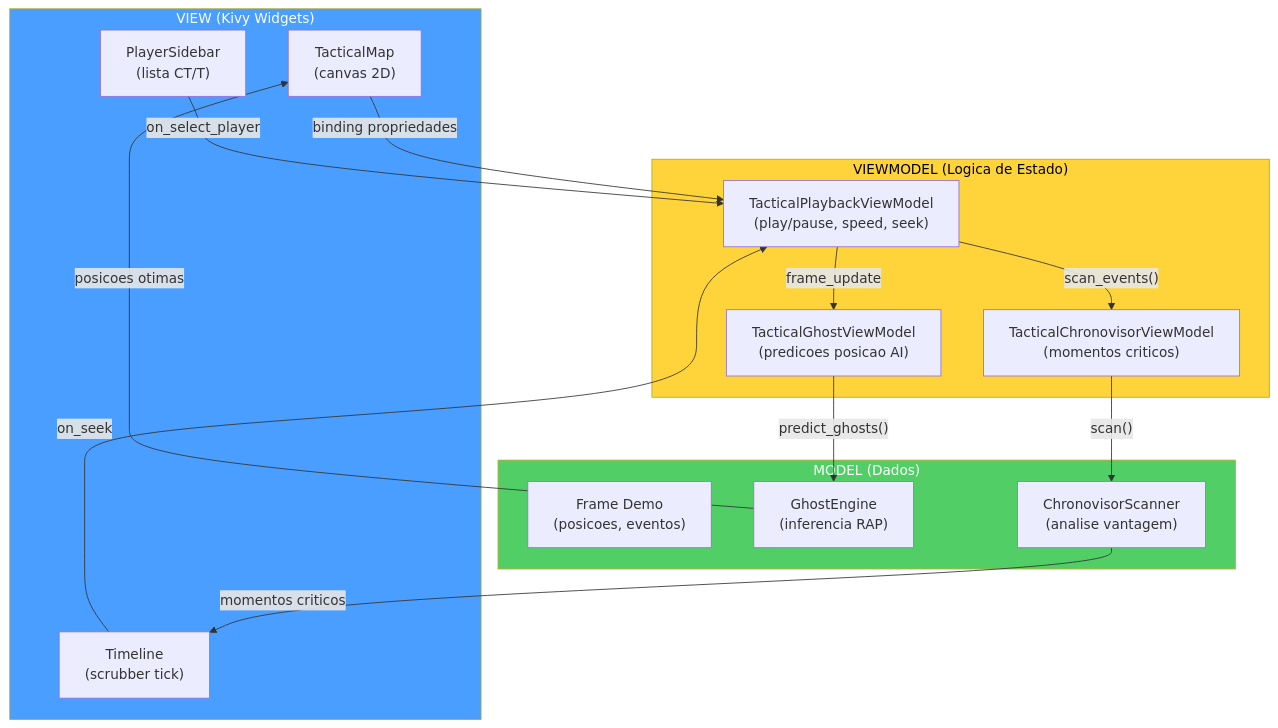
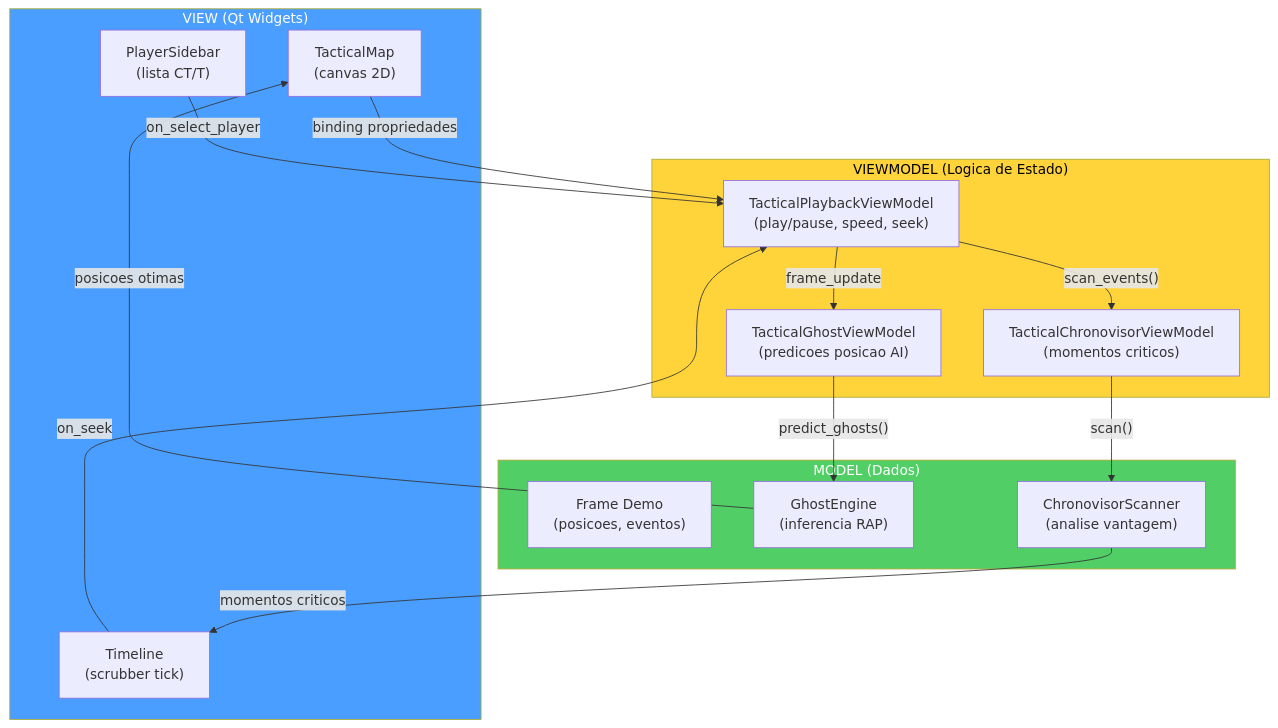
Before and after one commit to renanaugustomacena-ux/Counter-Strike-coach-AI: diagram 15 of 53 in docs/books/Book-Coach-3-pt.md, drawn with Mermaid. The commit also changed other lines of this file and 2 other files, not shown here.

First line of the commit message:
docs: update Book-Coach-3 trilogy — remove Kivy, fix screen/test counts

````diff
--- a/docs/books/Book-Coach-3-pt.md
+++ b/docs/books/Book-Coach-3-pt.md
@@ -1022,30 +949,30 @@
 ```mermaid
 flowchart TB
-    subgraph VIEW["VIEW (Kivy Widgets)"]
+    subgraph VIEW["VIEW (Qt Widgets)"]
         TM["TacticalMap<br/>(canvas 2D)"]
         TL["Timeline<br/>(scrubber tick)"]
         PS["PlayerSidebar<br/>(lista CT/T)"]
     end
     subgraph VIEWMODEL["VIEWMODEL (Logica de Estado)"]
         PVM["TacticalPlaybackViewModel<br/>(play/pause, speed, seek)"]
         GVM["TacticalGhostViewModel<br/>(predicoes posicao AI)"]
         CVM["TacticalChronovisorViewModel<br/>(momentos criticos)"]
     end
     subgraph MODEL["MODEL (Dados)"]
         FRAMES["Frame Demo<br/>(posicoes, eventos)"]
         GHOST["GhostEngine<br/>(inferencia RAP)"]
         CHRONO["ChronovisorScanner<br/>(analise vantagem)"]
     end
     TM -->|"binding propriedades"| PVM
     TL -->|"on_seek"| PVM
     PS -->|"on_select_player"| PVM
     PVM -->|"frame_update"| GVM
     GVM -->|"predict_ghosts()"| GHOST
     PVM -->|"scan_events()"| CVM
     CVM -->|"scan()"| CHRONO
     GHOST -->|"posicoes otimas"| TM
     CHRONO -->|"momentos criticos"| TL
     style VIEW fill:#4a9eff,color:#fff
     style VIEWMODEL fill:#ffd43b,color:#000
     style MODEL fill:#51cf66,color:#fff
 ```
````
